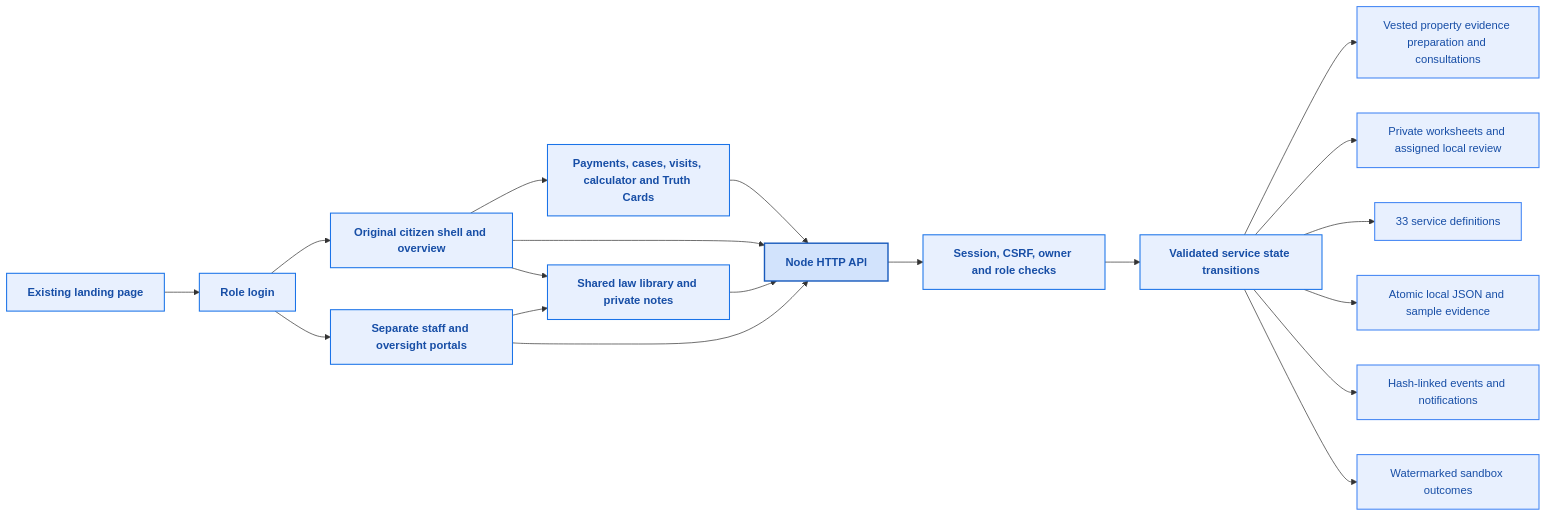
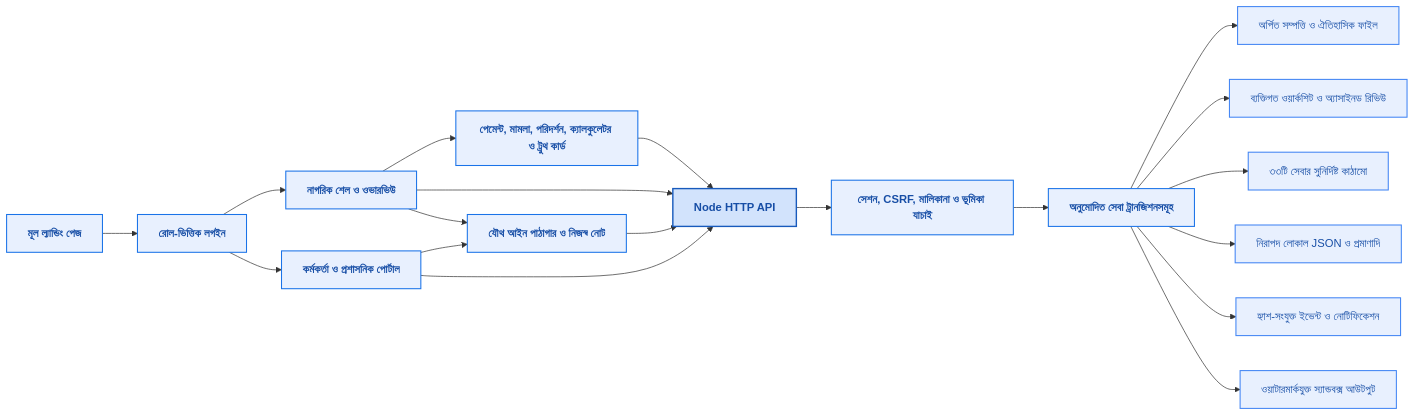
One commit to Shreyalien/E-Bhumi changed the third of 3 diagrams in README.md. Above: the diagram before and after it, drawn with Mermaid. The commit also changed other lines of this file, not shown here.

Commit message:
Translate README to Bangla while preserving screenshots and architecture diagrams

````diff
--- a/README.md
+++ b/README.md
@@ -259,25 +259,25 @@
 ```mermaid
 flowchart LR
     classDef blueBox fill:#e8f0fe,stroke:#1a73e8,stroke-width:1.5px,color:#174ea6,font-weight:600;
     classDef blueServer fill:#d2e3fc,stroke:#185abc,stroke-width:2px,color:#174ea6,font-weight:600;
     classDef blueData fill:#e8f0fe,stroke:#4285f4,stroke-width:1.5px,color:#174ea6;
 
-    Public["Existing landing page"]:::blueBox --> Login["Role login"]:::blueBox
-    Login --> Citizen["Original citizen shell and overview"]:::blueBox
-    Login --> Staff["Separate staff and oversight portals"]:::blueBox
-    Citizen --> Tools["Payments, cases, visits, calculator and Truth Cards"]:::blueBox
+    Public["মূল ল্যান্ডিং পেজ"]:::blueBox --> Login["রোল-ভিত্তিক লগইন"]:::blueBox
+    Login --> Citizen["নাগরিক শেল ও ওভারভিউ"]:::blueBox
+    Login --> Staff["কর্মকর্তা ও প্রশাসনিক পোর্টাল"]:::blueBox
+    Citizen --> Tools["পেমেন্ট, মামলা, পরিদর্শন, ক্যালকুলেটর ও ট্রুথ কার্ড"]:::blueBox
     Tools --> API["Node HTTP API"]:::blueServer
     Citizen --> API
-    Staff --> Law["Shared law library and private notes"]:::blueBox
+    Staff --> Law["যৌথ আইন পাঠাগার ও নিজস্ব নোট"]:::blueBox
     Citizen --> Law
     Law --> API
     Staff --> API
-    API --> Guards["Session, CSRF, owner and role checks"]:::blueBox
-    Guards --> Workflows["Validated service state transitions"]:::blueBox
-    Workflows --> Legacy["Vested property evidence preparation and consultations"]:::blueData
-    Workflows --> Dossiers["Private worksheets and assigned local review"]:::blueData
-    Workflows --> Catalogue["33 service definitions"]:::blueData
-    Workflows --> Store["Atomic local JSON and sample evidence"]:::blueData
-    Workflows --> Audit["Hash-linked events and notifications"]:::blueData
-    Workflows --> Output["Watermarked sandbox outcomes"]:::blueData
+    API --> Guards["সেশন, CSRF, মালিকানা ও ভূমিকা যাচাই"]:::blueBox
+    Guards --> Workflows["অনুমোদিত সেবা ট্রানজিশনসমূহ"]:::blueBox
+    Workflows --> Legacy["অর্পিত সম্পত্তি ও ঐতিহাসিক ফাইল"]:::blueData
+    Workflows --> Dossiers["ব্যক্তিগত ওয়ার্কশিট ও অ্যাসাইনড রিভিউ"]:::blueData
+    Workflows --> Catalogue["৩৩টি সেবার সুনির্দিষ্ট কাঠামো"]:::blueData
+    Workflows --> Store["নিরাপদ লোকাল JSON ও প্রমাণাদি"]:::blueData
+    Workflows --> Audit["হ্যাশ-সংযুক্ত ইভেন্ট ও নোটিফিকেশন"]:::blueData
+    Workflows --> Output["ওয়াটারমার্কযুক্ত স্যান্ডবক্স আউটপুট"]:::blueData
 ```
````
